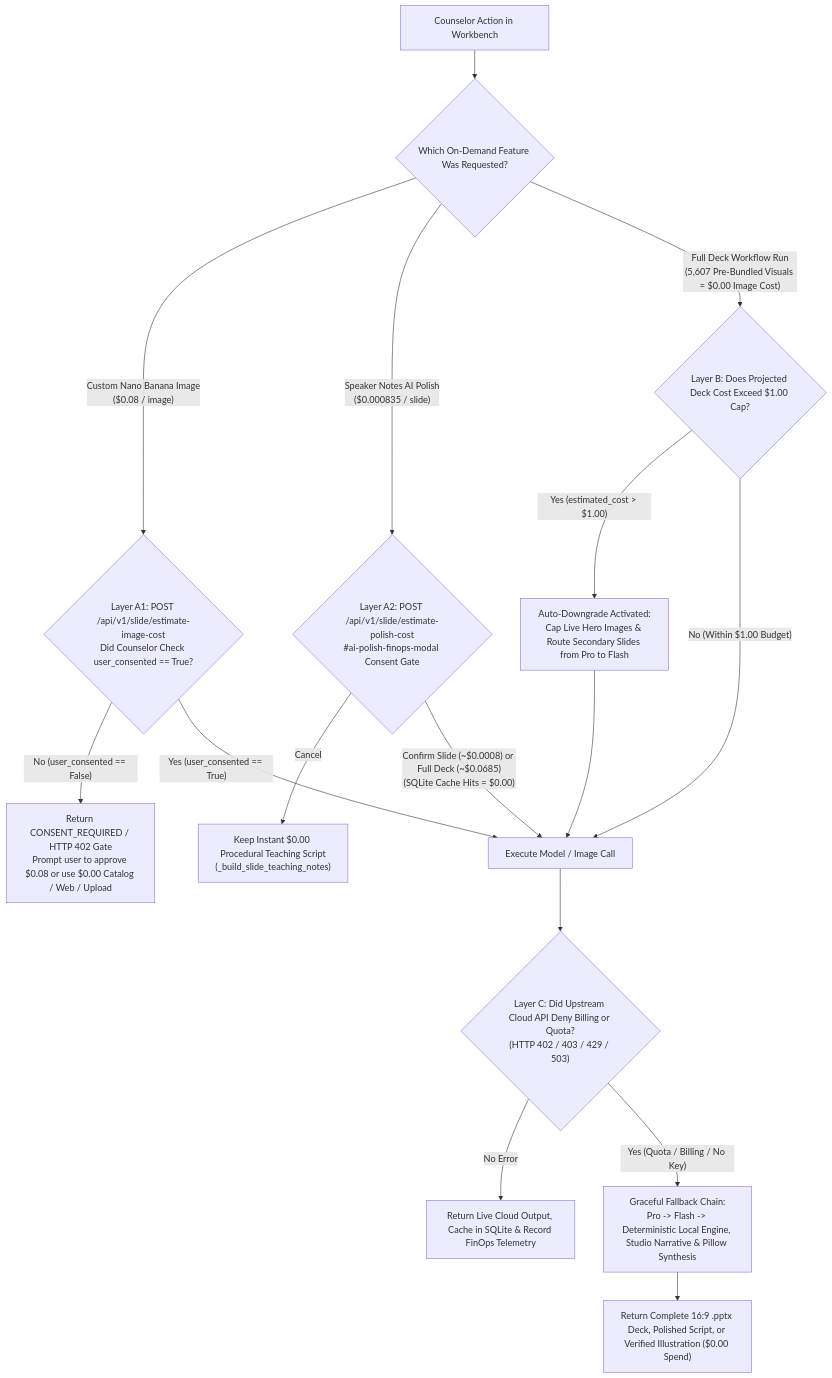
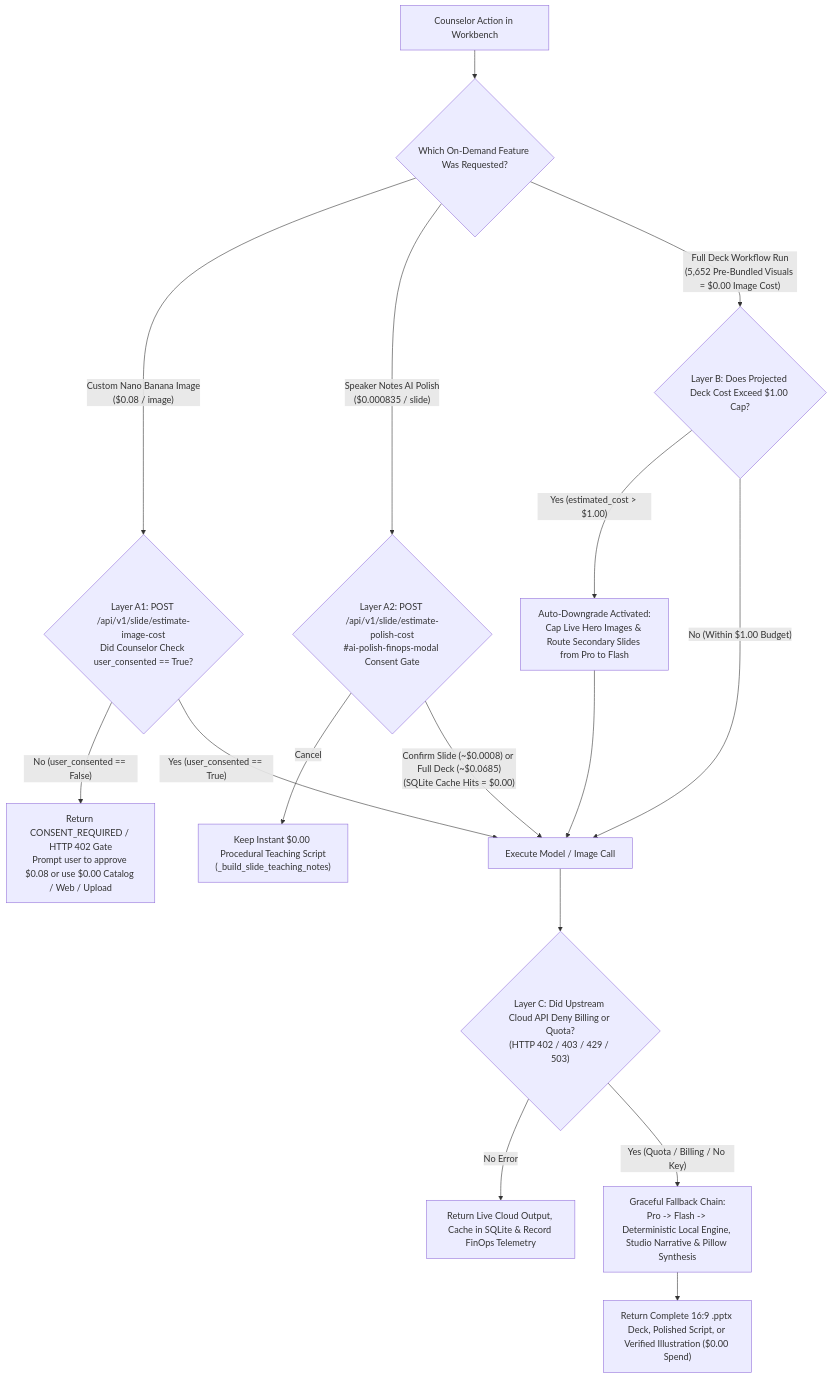
One commit to clayberg/scouts-bsa-merit-badge-agent changed the diagram in docs/FINOPS_AND_TCO.md. Above: the diagram before and after it, drawn with Mermaid. The commit also changed other lines of this file and 877 other files, not shown here.

````diff
--- a/docs/FINOPS_AND_TCO.md
+++ b/docs/FINOPS_AND_TCO.md
@@ -134,21 +134,21 @@
 ```mermaid
 flowchart TD
     A["Counselor Action in Workbench"] --> B{"Which On-Demand Feature Was Requested?"}
     B -- "Custom Nano Banana Image\n($0.08 / image)" --> C1{"Layer A1: POST /api/v1/slide/estimate-image-cost\nDid Counselor Check user_consented == True?"}
     C1 -- "No (user_consented == False)" --> D1["Return CONSENT_REQUIRED / HTTP 402 Gate\nPrompt user to approve $0.08 or use $0.00 Catalog / Web / Upload"]
     C1 -- "Yes (user_consented == True)" --> F["Execute Model / Image Call"]
 
     B -- "Speaker Notes AI Polish\n($0.000835 / slide)" --> C2{"Layer A2: POST /api/v1/slide/estimate-polish-cost\n#ai-polish-finops-modal Consent Gate"}
     C2 -- "Cancel" --> D2["Keep Instant $0.00 Procedural Teaching Script\n(_build_slide_teaching_notes)"]
     C2 -- "Confirm Slide (~$0.0008) or Full Deck (~$0.0685)\n(SQLite Cache Hits = $0.00)" --> F
 
-    B -- "Full Deck Workflow Run\n(5,607 Pre-Bundled Visuals = $0.00 Image Cost)" --> E1{"Layer B: Does Projected Deck Cost Exceed $1.00 Cap?"}
+    B -- "Full Deck Workflow Run\n(5,652 Pre-Bundled Visuals = $0.00 Image Cost)" --> E1{"Layer B: Does Projected Deck Cost Exceed $1.00 Cap?"}
     E1 -- "Yes (estimated_cost > $1.00)" --> E2["Auto-Downgrade Activated:\nCap Live Hero Images & Route Secondary Slides from Pro to Flash"]
     E1 -- "No (Within $1.00 Budget)" --> F
     E2 --> F
 
     F --> G{"Layer C: Did Upstream Cloud API Deny Billing or Quota?\n(HTTP 402 / 403 / 429 / 503)"}
     G -- "No Error" --> H["Return Live Cloud Output, Cache in SQLite & Record FinOps Telemetry"]
     G -- "Yes (Quota / Billing / No Key)" --> I["Graceful Fallback Chain:\nPro -> Flash -> Deterministic Local Engine, Studio Narrative & Pillow Synthesis"]
     I --> J["Return Complete 16:9 .pptx Deck, Polished Script, or Verified Illustration ($0.00 Spend)"]
 ```
````
